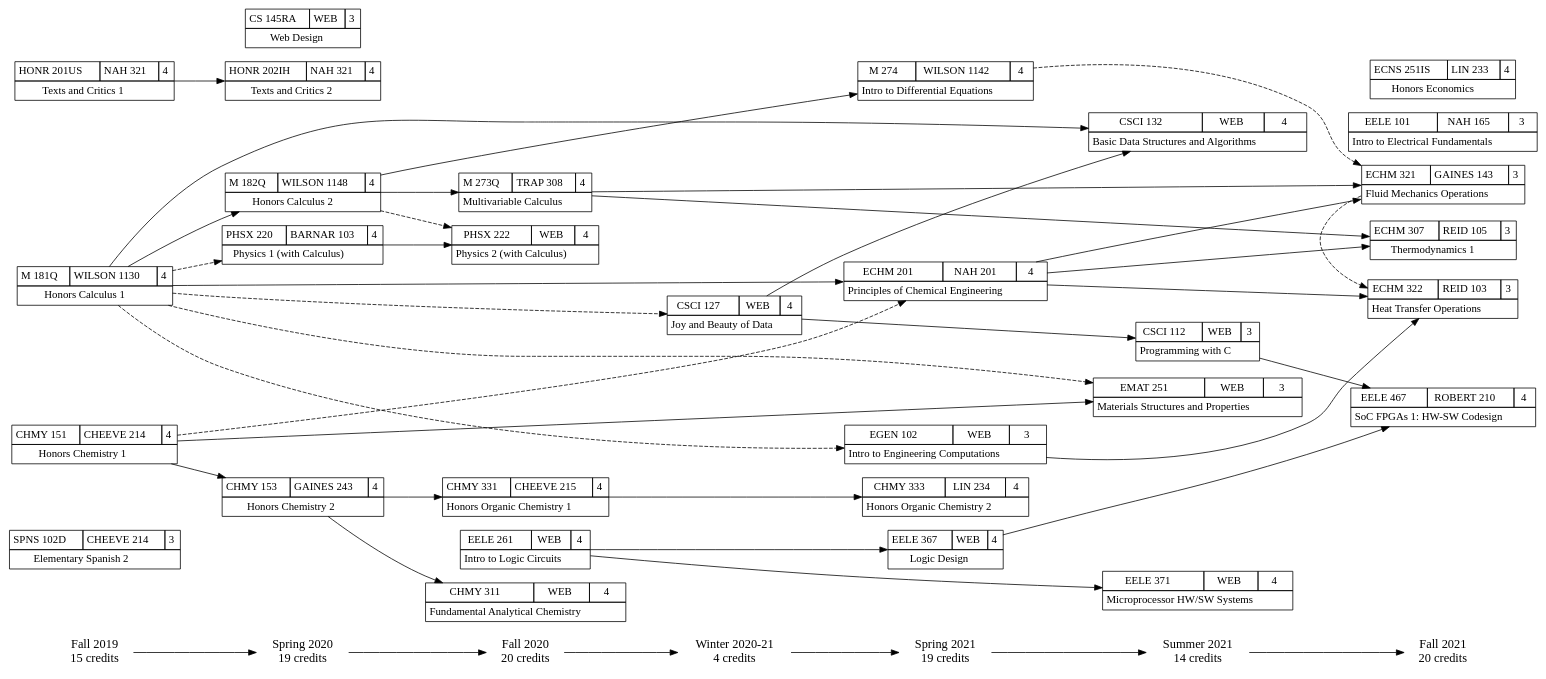
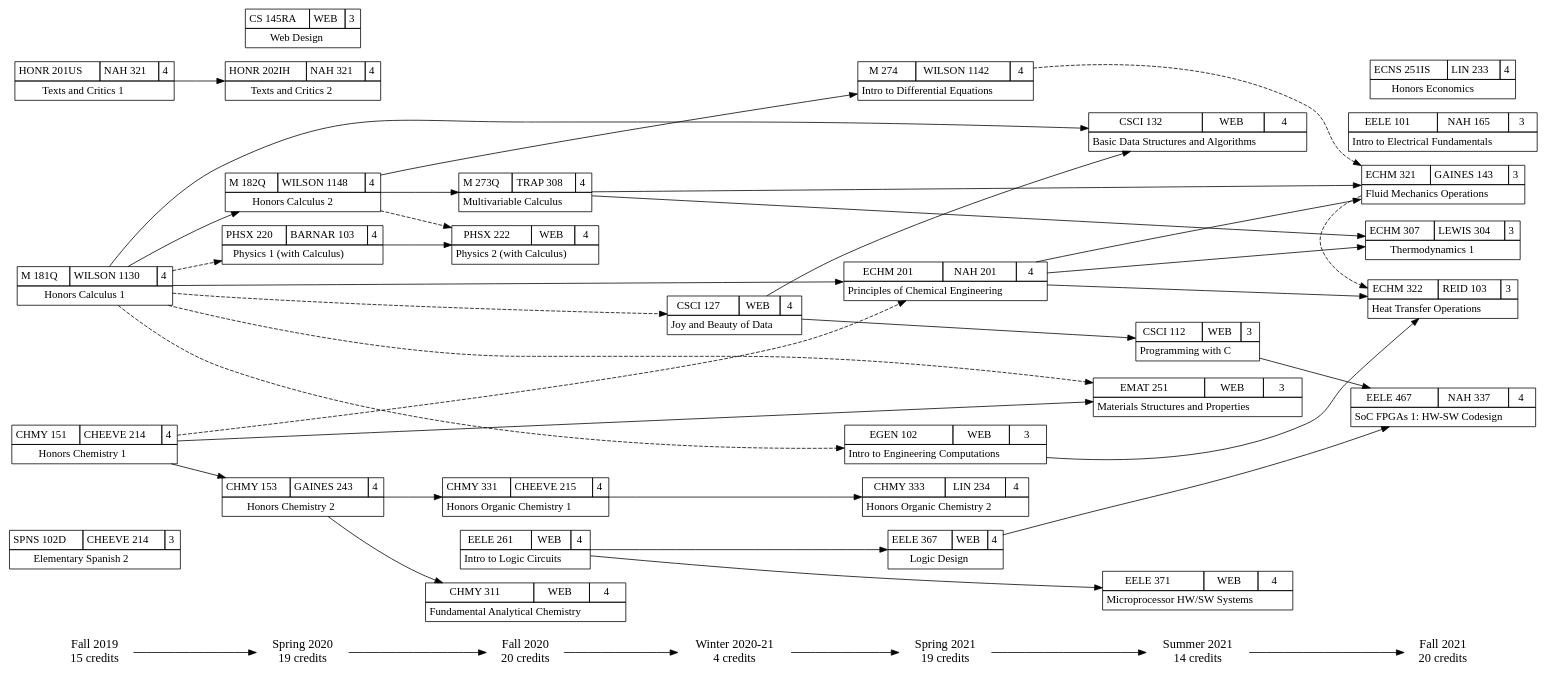
One commit to w-culhane/courses-flowchart changed the diagram in courses_current.gv. Above: the diagram before and after it, drawn with Graphviz. The commit also changed 1 other file, not shown here.

```diff
--- a/courses_current.gv
+++ b/courses_current.gv
@@ -288,7 +288,7 @@
 <TABLE BORDER="0" CELLBORDER="1" CELLSPACING="0" CELLPADDING="4">
 <TR>
 <TD>\N</TD>
-<TD>REID 105</TD>
+<TD>LEWIS 304</TD>
 <TD>3</TD>
 </TR>
 <TR><TD COLSPAN="3">Thermodynamics 1</TD></TR>
@@ -338,7 +338,7 @@
 <TABLE BORDER="0" CELLBORDER="1" CELLSPACING="0" CELLPADDING="4">
 <TR>
 <TD>\N</TD>
-<TD>ROBERT 210</TD>
+<TD>NAH 337</TD>
 <TD>4</TD>
 </TR>
 <TR><TD COLSPAN="3">SoC FPGAs 1: HW-SW Codesign</TD></TR>
```
